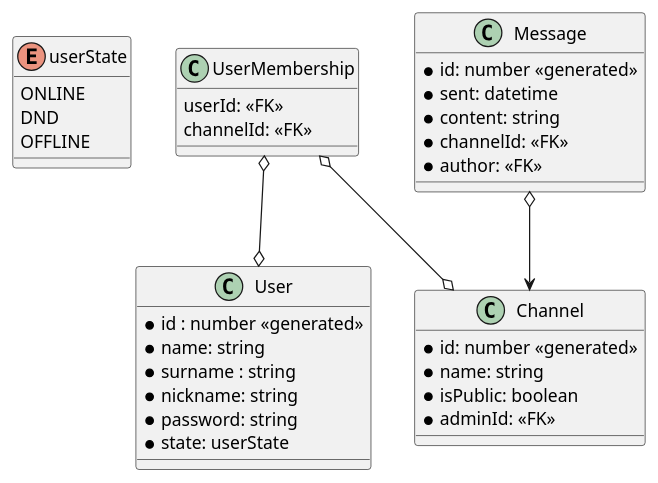
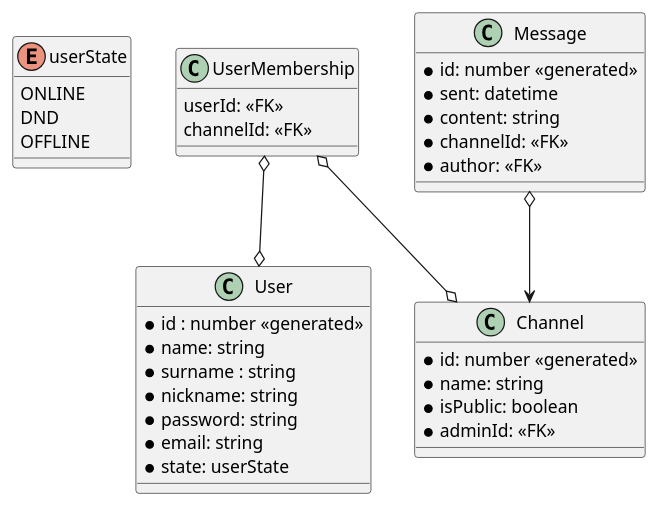
One commit to SVBSH/vpwa-project-frontend changed the diagram in diagram.puml. Above: the diagram before and after it, drawn with PlantUML. The commit also changed 7 other files, not shown here.

```diff
--- a/diagram.puml
+++ b/diagram.puml
@@ -1,43 +1,44 @@
 @startuml lala
 
 
 enum userState {
     ONLINE
     DND
     OFFLINE
 }
 
 Class "User" as rUser {
     * id : number <<generated>>
     * name: string
     * surname : string
     * nickname: string
     * password: string
+    * email: string
     * state: userState
 }
 
 class "Message" as rMessage {
     * id: number <<generated>>
     * sent: datetime
     * content: string
     * channelId: <<FK>>
     * author: <<FK>>
 }
 
 class "Channel" as rChannel {
     * id: number <<generated>>
     * name: string
     * isPublic: boolean
     * adminId: <<FK>>
 }
 
 Class "UserMembership" as rUserMembership {
     userId: <<FK>>
     channelId: <<FK>>
 }
 
 rUserMembership o--o rUser
 rUserMembership o--o rChannel
 rMessage o--> rChannel
 
 @enduml
```
